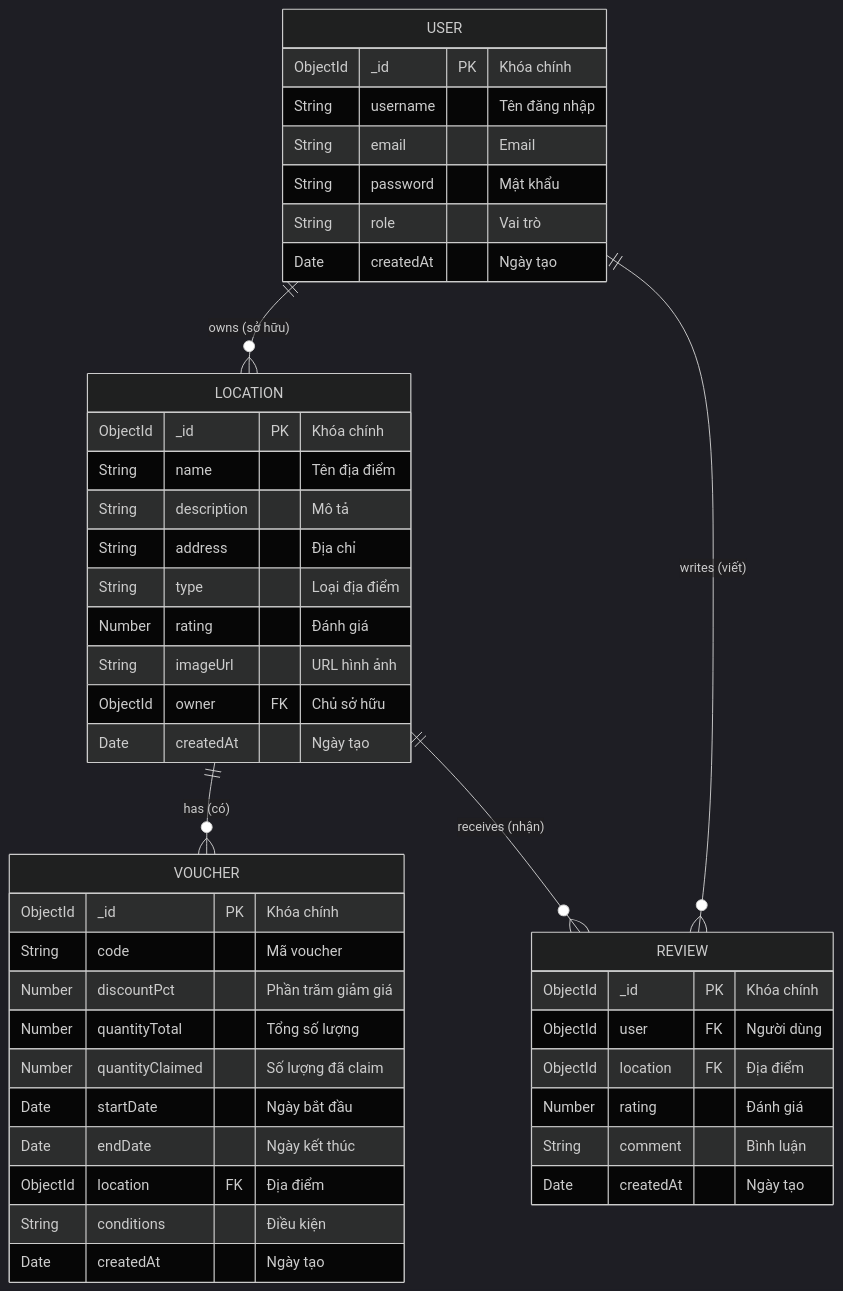
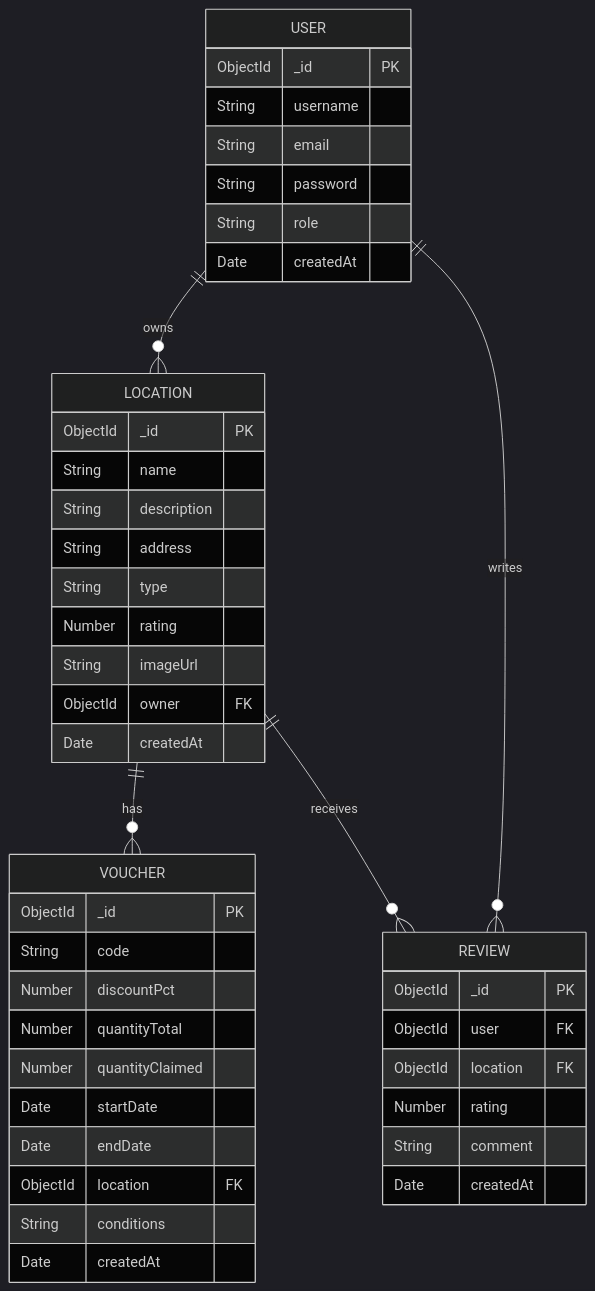
One commit to tamnguyen0K/voucher-management-system changed the second of 8 diagrams in docs/system-architecture.md. Above: the diagram before and after it, drawn with Mermaid (dark theme). The commit also changed other lines of this file, not shown here.

Commit message:
Fix Mermaid diagram syntax - remove Vietnamese characters causing parse errors

````diff
--- a/docs/system-architecture.md
+++ b/docs/system-architecture.md
@@ -40,50 +40,50 @@
 ```mermaid
 erDiagram
     USER {
-        ObjectId _id PK "Khóa chính"
-        String username "Tên đăng nhập"
-        String email "Email"
-        String password "Mật khẩu"
-        String role "Vai trò"
-        Date createdAt "Ngày tạo"
+        ObjectId _id PK
+        String username
+        String email
+        String password
+        String role
+        Date createdAt
     }
     
     LOCATION {
-        ObjectId _id PK "Khóa chính"
-        String name "Tên địa điểm"
-        String description "Mô tả"
-        String address "Địa chỉ"
-        String type "Loại địa điểm"
-        Number rating "Đánh giá"
-        String imageUrl "URL hình ảnh"
-        ObjectId owner FK "Chủ sở hữu"
-        Date createdAt "Ngày tạo"
+        ObjectId _id PK
+        String name
+        String description
+        String address
+        String type
+        Number rating
+        String imageUrl
+        ObjectId owner FK
+        Date createdAt
     }
     
     VOUCHER {
-        ObjectId _id PK "Khóa chính"
-        String code "Mã voucher"
-        Number discountPct "Phần trăm giảm giá"
-        Number quantityTotal "Tổng số lượng"
-        Number quantityClaimed "Số lượng đã claim"
-        Date startDate "Ngày bắt đầu"
-        Date endDate "Ngày kết thúc"
-        ObjectId location FK "Địa điểm"
-        String conditions "Điều kiện"
-        Date createdAt "Ngày tạo"
+        ObjectId _id PK
+        String code
+        Number discountPct
+        Number quantityTotal
+        Number quantityClaimed
+        Date startDate
+        Date endDate
+        ObjectId location FK
+        String conditions
+        Date createdAt
     }
     
     REVIEW {
-        ObjectId _id PK "Khóa chính"
-        ObjectId user FK "Người dùng"
-        ObjectId location FK "Địa điểm"
-        Number rating "Đánh giá"
-        String comment "Bình luận"
-        Date createdAt "Ngày tạo"
+        ObjectId _id PK
+        ObjectId user FK
+        ObjectId location FK
+        Number rating
+        String comment
+        Date createdAt
     }
     
-    USER ||--o{ LOCATION : "owns (sở hữu)"
-    LOCATION ||--o{ VOUCHER : "has (có)"
-    LOCATION ||--o{ REVIEW : "receives (nhận)"
-    USER ||--o{ REVIEW : "writes (viết)"
+    USER ||--o{ LOCATION : "owns"
+    LOCATION ||--o{ VOUCHER : "has"
+    LOCATION ||--o{ REVIEW : "receives"
+    USER ||--o{ REVIEW : "writes"
 ```
````
